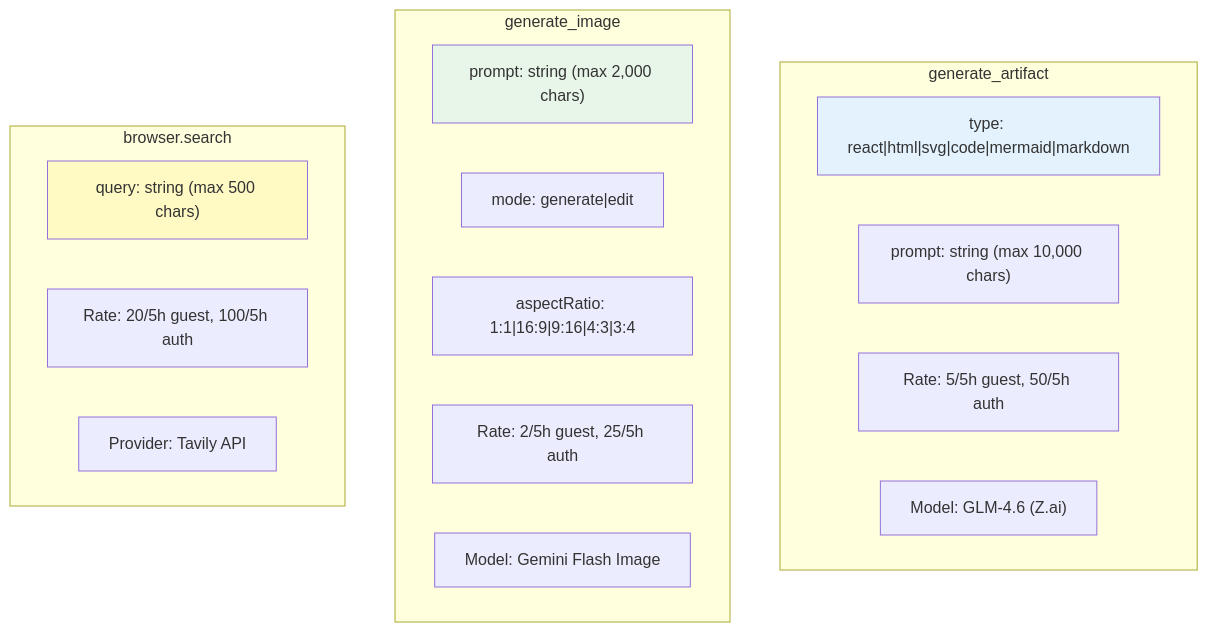
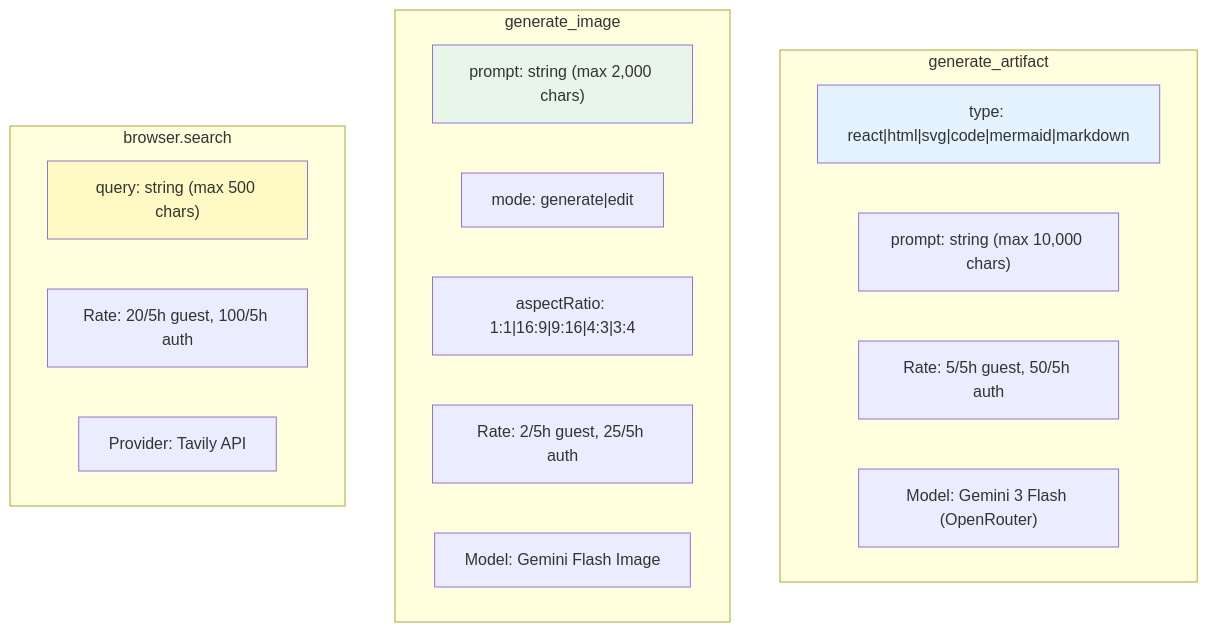
One commit to NickB03/vana changed the eighth of 10 diagrams in docs/UNIFIED_TOOL_ARCHITECTURE.md. Above: the diagram before and after it, drawn with Mermaid. The commit also changed other lines of this file and 44 other files, not shown here.

````diff
--- a/docs/UNIFIED_TOOL_ARCHITECTURE.md
+++ b/docs/UNIFIED_TOOL_ARCHITECTURE.md
@@ -464,27 +464,27 @@
 ```mermaid
 graph TB
     subgraph "generate_artifact"
         GA_TYPE["type: react|html|svg|code|mermaid|markdown"]
         GA_PROMPT["prompt: string (max 10,000 chars)"]
         GA_RATE["Rate: 5/5h guest, 50/5h auth"]
-        GA_MODEL["Model: GLM-4.6 (Z.ai)"]
+        GA_MODEL["Model: Gemini 3 Flash (OpenRouter)"]
     end
 
     subgraph "generate_image"
         GI_PROMPT["prompt: string (max 2,000 chars)"]
         GI_MODE["mode: generate|edit"]
         GI_ASPECT["aspectRatio: 1:1|16:9|9:16|4:3|3:4"]
         GI_RATE["Rate: 2/5h guest, 25/5h auth"]
         GI_MODEL["Model: Gemini Flash Image"]
     end
 
     subgraph "browser.search"
         BS_QUERY["query: string (max 500 chars)"]
         BS_RATE["Rate: 20/5h guest, 100/5h auth"]
         BS_MODEL["Provider: Tavily API"]
     end
 
     style GA_TYPE fill:#e3f2fd
     style GI_PROMPT fill:#e8f5e9
     style BS_QUERY fill:#fff9c4
 ```
````
